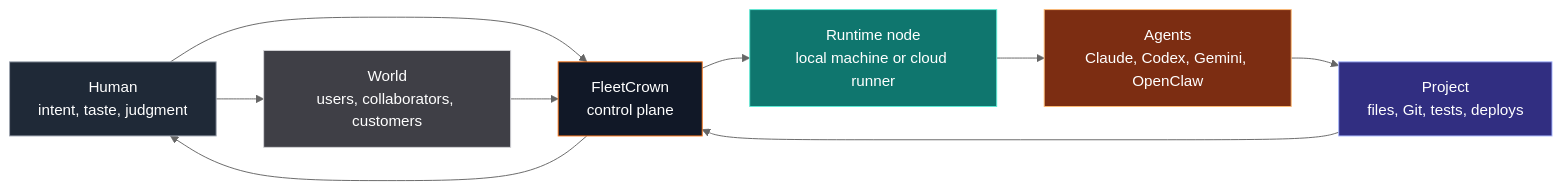
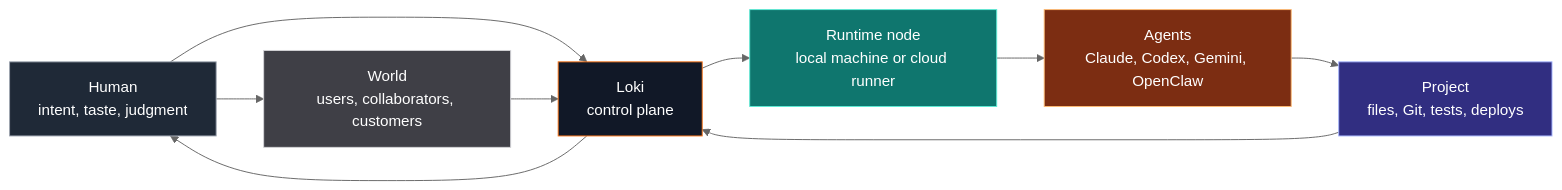
Before and after one commit to bitbaum/fleetcrown: the first of 7 diagrams in content/thoughts/from-localhost-to-a-portable-creation-cockpit.md, drawn with Mermaid (neutral theme). The commit also changed other lines of this file and 638 other files, not shown here.

First line of the commit message:
refactor: rename the product from FleetCrown to Loki

````diff
--- a/content/thoughts/from-localhost-to-a-portable-creation-cockpit.md
+++ b/content/thoughts/from-localhost-to-a-portable-creation-cockpit.md
@@ -38,25 +38,25 @@
 ```mermaid
 flowchart LR
     Human["Human\nintent, taste, judgment"]
-    FleetCrown["FleetCrown\ncontrol plane"]
+    Loki["Loki\ncontrol plane"]
     Runtime["Runtime node\nlocal machine or cloud runner"]
     Agents["Agents\nClaude, Codex, Gemini, OpenClaw"]
     Repo["Project\nfiles, Git, tests, deploys"]
     World["World\nusers, collaborators, customers"]
 
-    Human --> FleetCrown
-    FleetCrown --> Runtime
+    Human --> Loki
+    Loki --> Runtime
     Runtime --> Agents
     Agents --> Repo
-    Repo --> FleetCrown
-    FleetCrown --> Human
+    Repo --> Loki
+    Loki --> Human
     Human --> World
-    World --> FleetCrown
+    World --> Loki
 
     style Human fill:#1f2937,stroke:#9ca3af,color:#fff
-    style FleetCrown fill:#111827,stroke:#f97316,color:#fff
+    style Loki fill:#111827,stroke:#f97316,color:#fff
     style Runtime fill:#0f766e,stroke:#5eead4,color:#fff
     style Agents fill:#7c2d12,stroke:#fdba74,color:#fff
     style Repo fill:#312e81,stroke:#a5b4fc,color:#fff
     style World fill:#3f3f46,stroke:#d4d4d8,color:#fff
 ```
````
